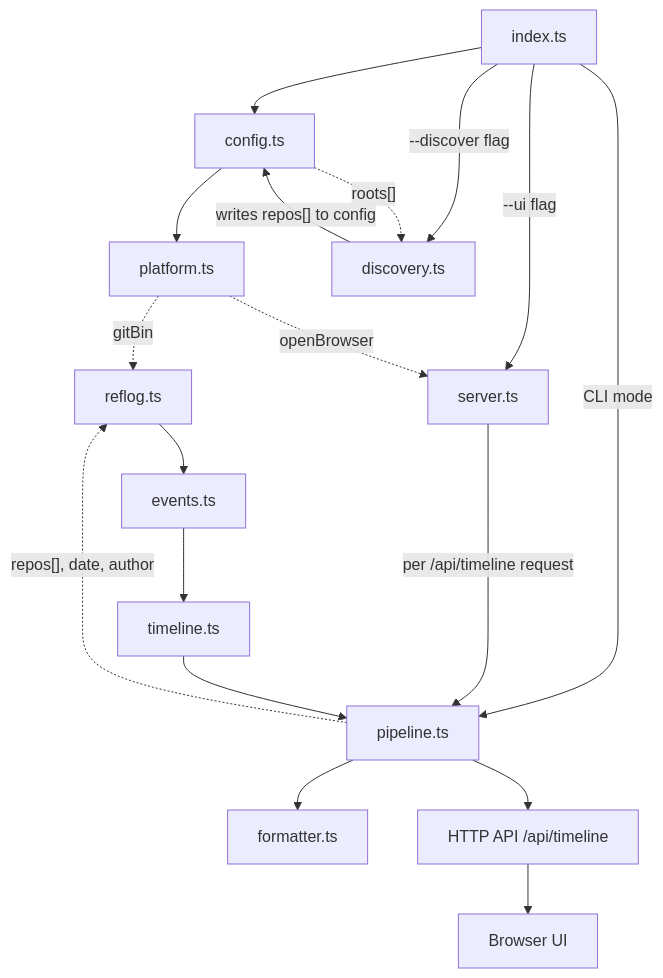
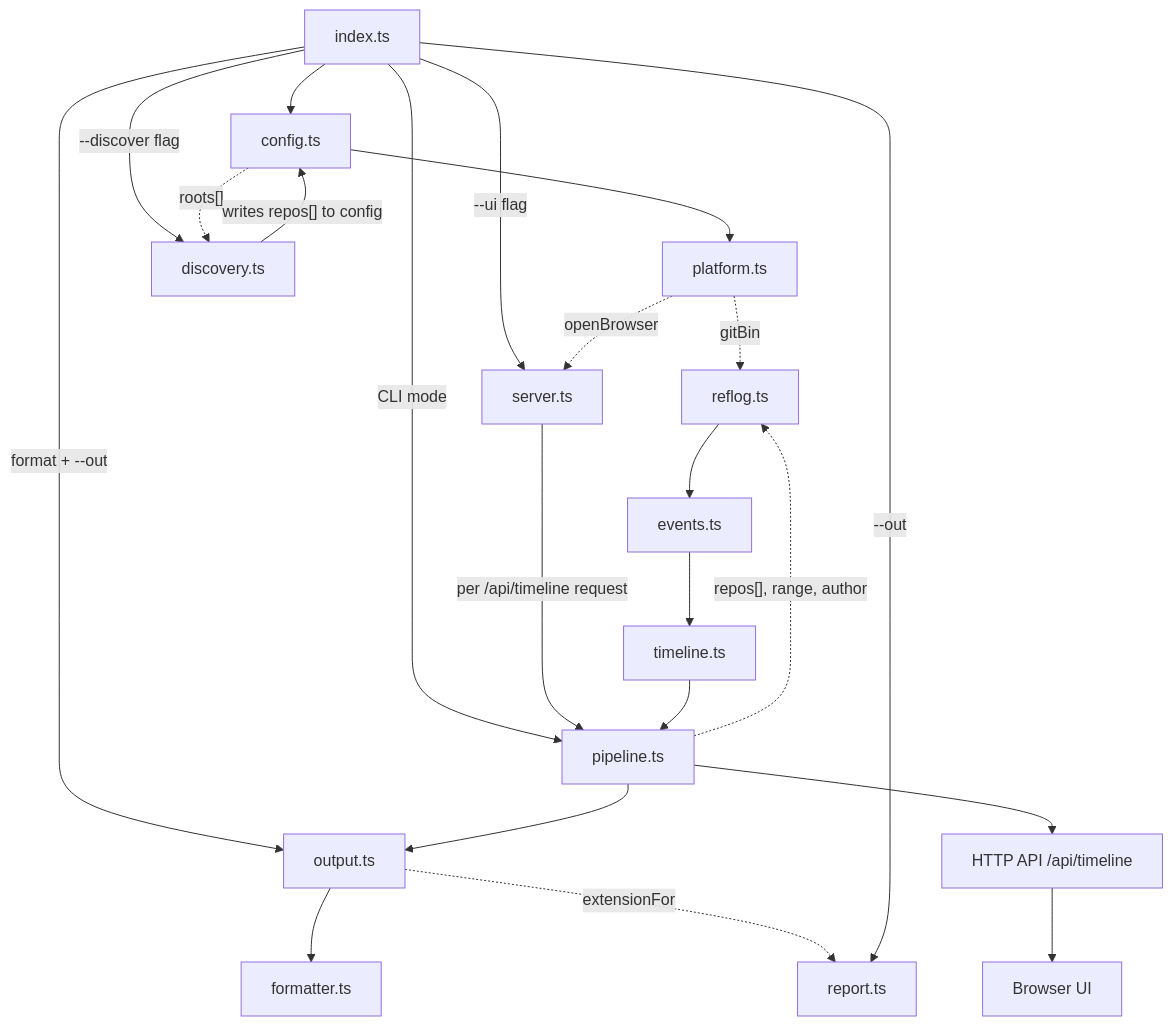
One commit to pilniczek/git-time-tracker changed the second of 4 diagrams in git-time-tracker-architecture.md. Above: the diagram before and after it, drawn with Mermaid. The commit also changed other lines of this file and 16 other files, not shown here.

Commit message:
support date range

````diff
--- a/git-time-tracker-architecture.md
+++ b/git-time-tracker-architecture.md
@@ -148,25 +150,29 @@
 ```mermaid
 graph TD
     IDX["index.ts"] --> CFG["config.ts"]
     CFG --> PLT["platform.ts"]
 
     IDX -->|"CLI mode"| PIPE["pipeline.ts"]
     IDX -->|"--ui flag"| SRV["server.ts"]
     IDX -->|"--discover flag"| DISC["discovery.ts"]
     SRV -->|"per /api/timeline request"| PIPE
 
     CFG -.->|"roots[]"| DISC
-    PIPE -.->|"repos[], date, author"| REFLOG["reflog.ts"]
+    PIPE -.->|"repos[], range, author"| REFLOG["reflog.ts"]
     PLT -.->|"gitBin"| REFLOG
     PLT -.->|"openBrowser"| SRV
 
     DISC -->|"writes repos[] to config"| CFG
 
     REFLOG --> EVT["events.ts"]
     EVT --> TML["timeline.ts"]
     TML --> PIPE
 
-    PIPE --> FMT["formatter.ts"]
+    IDX -->|"format + --out"| OUT["output.ts"]
+    OUT --> FMT["formatter.ts"]
+    OUT -.->|"extensionFor"| RPT["report.ts"]
+    IDX -->|"--out"| RPT
+    PIPE --> OUT
     PIPE --> API["HTTP API /api/timeline"]
     API --> UI["Browser UI"]
 ```
````
